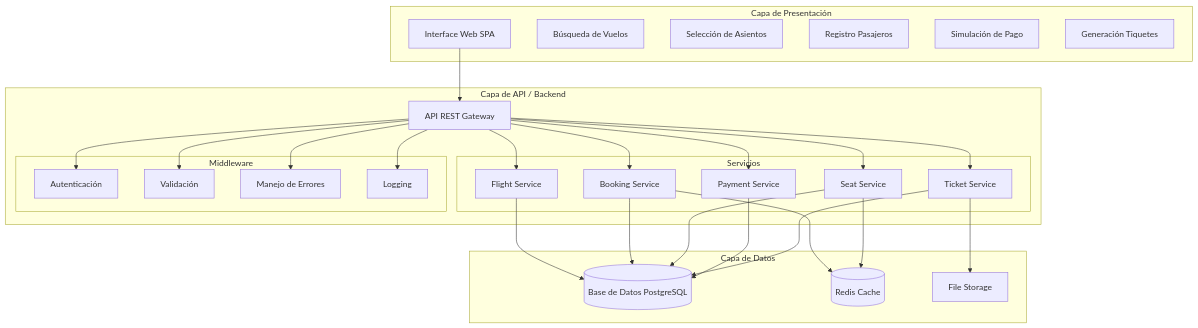
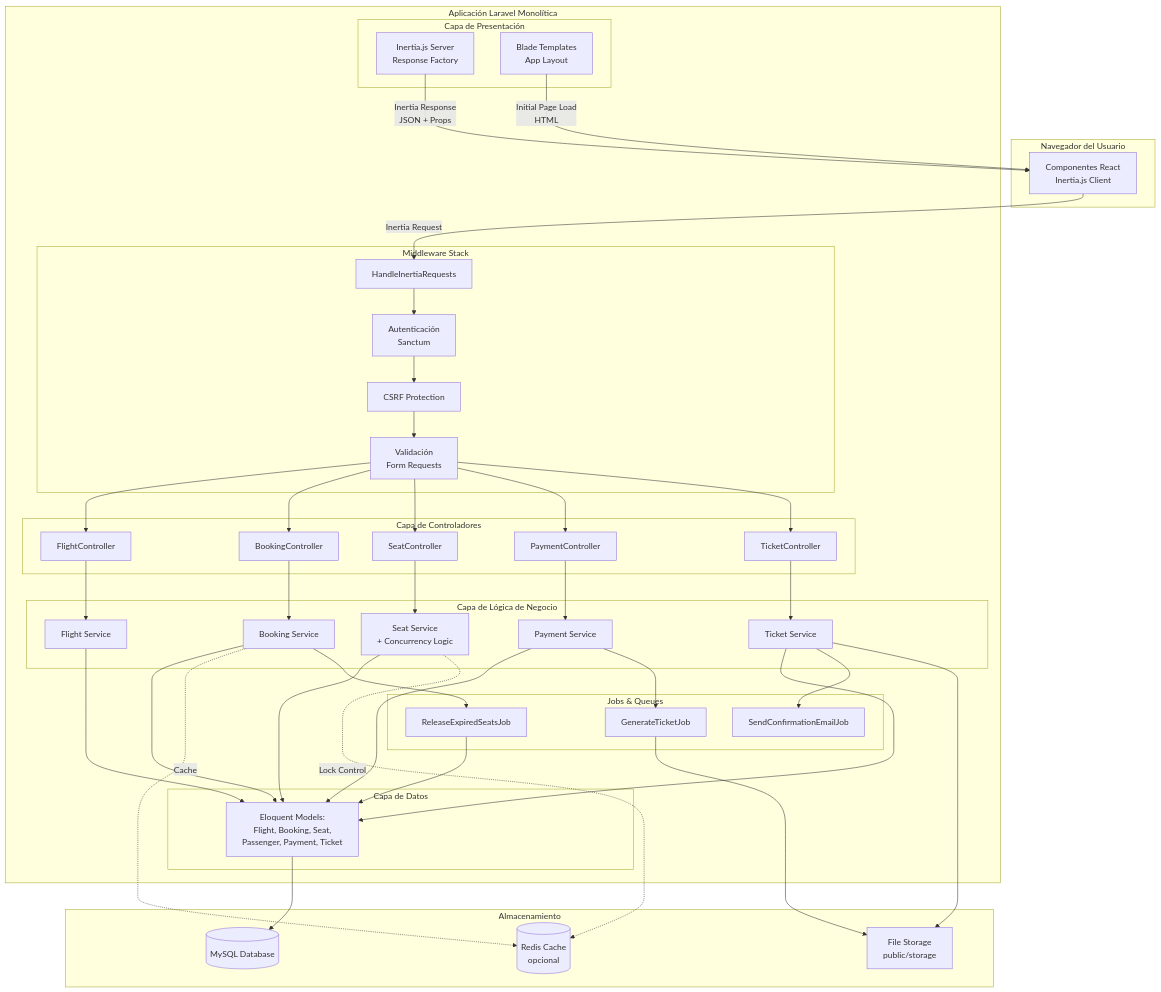
Before and after one commit to cristoferscalante/sena_soft_2025: the first of 5 diagrams in doc/arquitectura_diagrama.md, drawn with Mermaid. The commit also changed other lines of this file, not shown here.

Commit message:
diseño base de datos

````diff
--- a/doc/arquitectura_diagrama.md
+++ b/doc/arquitectura_diagrama.md
@@ -34,58 +50,90 @@
 ```mermaid
 graph TB
-    subgraph "Capa de Presentación"
-        UI[Interface Web SPA]
-        UI_Search[Búsqueda de Vuelos]
-        UI_Seats[Selección de Asientos]
-        UI_Pass[Registro Pasajeros]
-        UI_Pay[Simulación de Pago]
-        UI_Ticket[Generación Tiquetes]
+    subgraph "Navegador del Usuario"
+        ReactUI[Componentes React<br/>Inertia.js Client]
     end
     
-    subgraph "Capa de API / Backend"
-        API[API REST Gateway]
+    subgraph "Aplicación Laravel Monolítica"
+        subgraph "Capa de Presentación"
+            InertiaServer[Inertia.js Server<br/>Response Factory]
+            Blade[Blade Templates<br/>App Layout]
+        end
         
-        subgraph "Servicios"
+        subgraph "Capa de Controladores"
+            FlightController[FlightController]
+            BookingController[BookingController]
+            SeatController[SeatController]
+            PaymentController[PaymentController]
+            TicketController[TicketController]
+        end
+        
+        subgraph "Middleware Stack"
+            Auth[Autenticación<br/>Sanctum]
+            CSRF[CSRF Protection]
+            Valid[Validación<br/>Form Requests]
+            InertiaMiddleware[HandleInertiaRequests]
+        end
+        
+        subgraph "Capa de Lógica de Negocio"
             FlightService[Flight Service]
             BookingService[Booking Service]
+            SeatService[Seat Service<br/>+ Concurrency Logic]
             PaymentService[Payment Service]
-            SeatService[Seat Service]
             TicketService[Ticket Service]
         end
         
-        subgraph "Middleware"
-            Auth[Autenticación]
-            Valid[Validación]
-            ErrorHandler[Manejo de Errores]
-            Logger[Logging]
+        subgraph "Capa de Datos"
+            Models[Eloquent Models:<br/>Flight, Booking, Seat,<br/>Passenger, Payment, Ticket]
+        end
+        
+        subgraph "Jobs & Queues"
+            ReleaseSeatsJob[ReleaseExpiredSeatsJob]
+            GenerateTicketJob[GenerateTicketJob]
+            SendEmailJob[SendConfirmationEmailJob]
         end
     end
     
-    subgraph "Capa de Datos"
-        DB[(Base de Datos PostgreSQL)]
-        Cache[(Redis Cache)]
-        FileStorage[File Storage]
+    subgraph "Almacenamiento"
+        MySQL[(MySQL Database)]
+        RedisCache[(Redis Cache<br/>opcional)]
+        Storage[File Storage<br/>public/storage]
     end
     
-    UI --> API
-    API --> Auth
-    API --> Valid
+    ReactUI -->|Inertia Request| InertiaMiddleware
+    InertiaMiddleware --> Auth
+    Auth --> CSRF
+    CSRF --> Valid
+    Valid --> FlightController
+    Valid --> BookingController
+    Valid --> SeatController
+    Valid --> PaymentController
+    Valid --> TicketController
     
-    FlightService --> DB
-    BookingService --> DB
-    BookingService --> Cache
-    SeatService --> DB
-    SeatService --> Cache
-    PaymentService --> DB
-    TicketService --> DB
-    TicketService --> FileStorage
+    FlightController --> FlightService
+    BookingController --> BookingService
+    SeatController --> SeatService
+    PaymentController --> PaymentService
+    TicketController --> TicketService
     
-    API --> FlightService
-    API --> BookingService
-    API --> PaymentService
-    API --> SeatService
-    API --> TicketService
+    FlightService --> Models
+    BookingService --> Models
+    SeatService --> Models
+    PaymentService --> Models
+    TicketService --> Models
     
-    API --> ErrorHandler
-    API --> Logger
+    Models --> MySQL
+    SeatService -.->|Lock Control| RedisCache
+    BookingService -.->|Cache| RedisCache
+    
+    BookingService --> ReleaseSeatsJob
+    PaymentService --> GenerateTicketJob
+    TicketService --> SendEmailJob
+    
+    ReleaseSeatsJob --> Models
+    GenerateTicketJob --> Storage
+    
+    InertiaServer -->|Inertia Response<br/>JSON + Props| ReactUI
+    Blade -->|Initial Page Load<br/>HTML| ReactUI
+    
+    TicketService --> Storage
 ```
````
